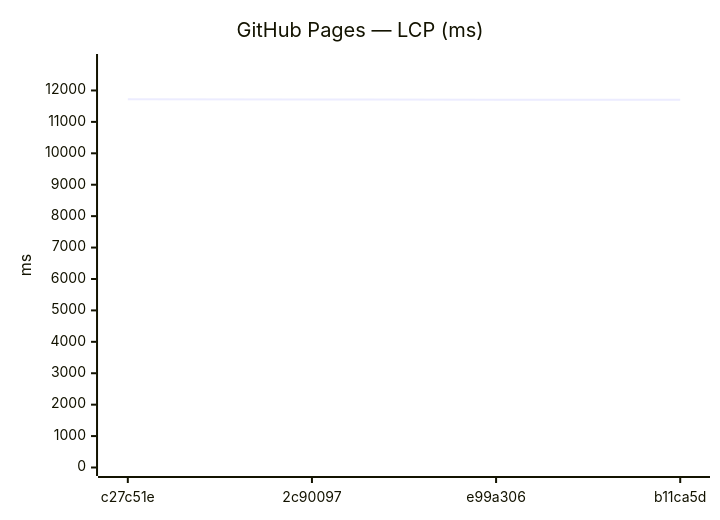
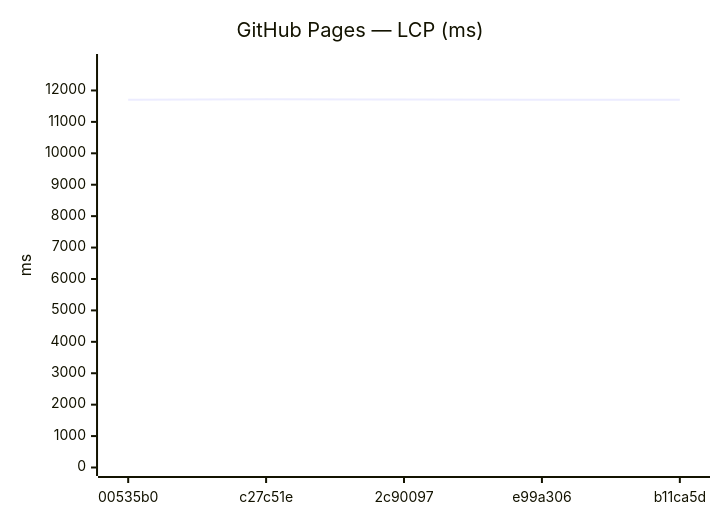
Before and after one commit to Metaheurist/Rianell: diagram 11 of 24 in benchmarks/compare.md, drawn with Mermaid. The commit also changed other lines of this file and 12 other files, not shown here.

````diff
--- a/benchmarks/compare.md
+++ b/benchmarks/compare.md
@@ -143,7 +149,7 @@
 ```mermaid
 xychart-beta
     title "GitHub Pages — LCP (ms)"
-    x-axis ["c27c51e", "2c90097", "e99a306", "b11ca5d"]
+    x-axis ["00535b0", "c27c51e", "2c90097", "e99a306", "b11ca5d"]
     y-axis "ms" 0 --> 12890
-    line [11718, 11715, 11701, 11707]
+    line [11705, 11718, 11715, 11701, 11707]
 ```
````
